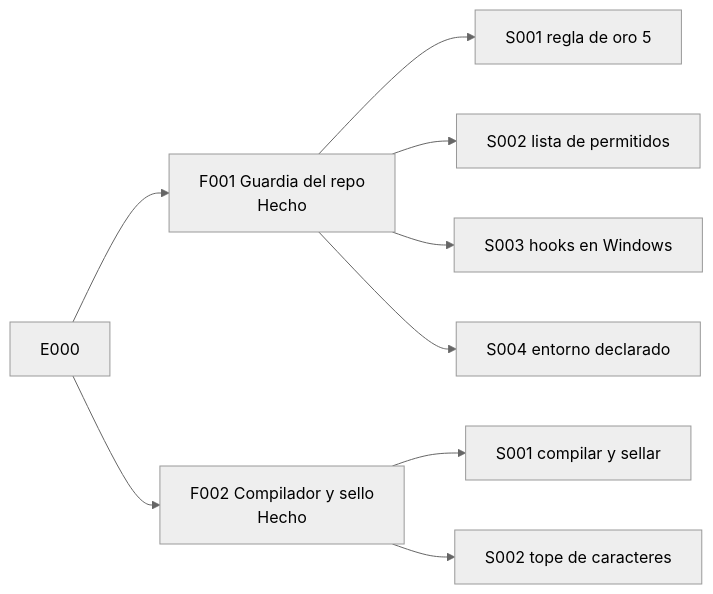
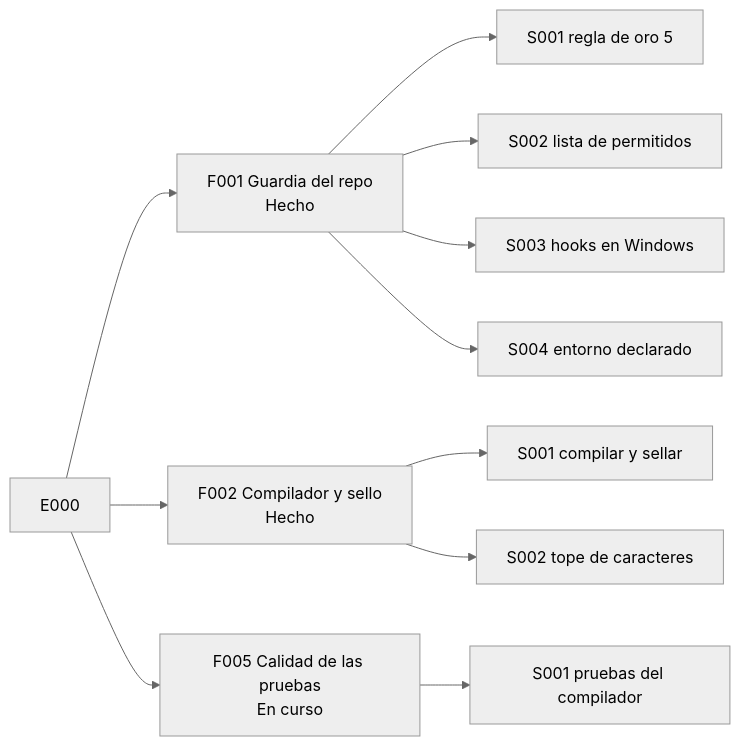
Before and after one commit to jliberal-aquas/aquas-central-harness-government: the second of 2 diagrams in docs/E000/README.md, drawn with Mermaid (neutral theme). The commit also changed other lines of this file and 9 other files, not shown here.

First line of the commit message:
Endurecer pruebas del compilador con rojo por mutación (E000/F005/S001)

````diff
--- a/docs/E000/README.md
+++ b/docs/E000/README.md
@@ -93,11 +94,13 @@
 ```mermaid
 flowchart LR
     E["E000"] --> F1["F001 Guardia del repo<br/>Hecho"]
     F1 --> S1["S001 regla de oro 5"]
     F1 --> S2["S002 lista de permitidos"]
     F1 --> S3["S003 hooks en Windows"]
     F1 --> S4["S004 entorno declarado"]
     E --> F2["F002 Compilador y sello<br/>Hecho"]
     F2 --> T1["S001 compilar y sellar"]
     F2 --> T2["S002 tope de caracteres"]
+    E --> F5["F005 Calidad de las pruebas<br/>En curso"]
+    F5 --> U1["S001 pruebas del compilador"]
 ```
````
